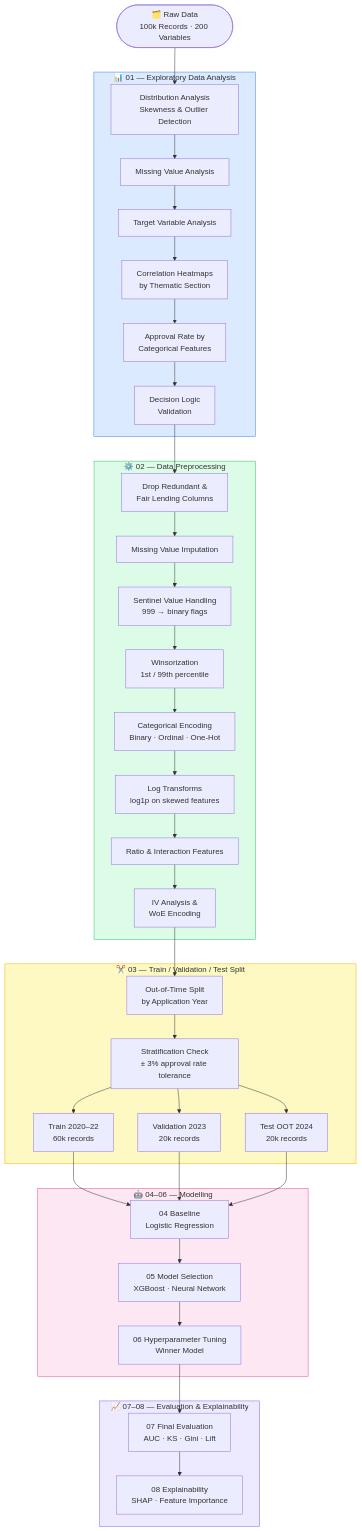
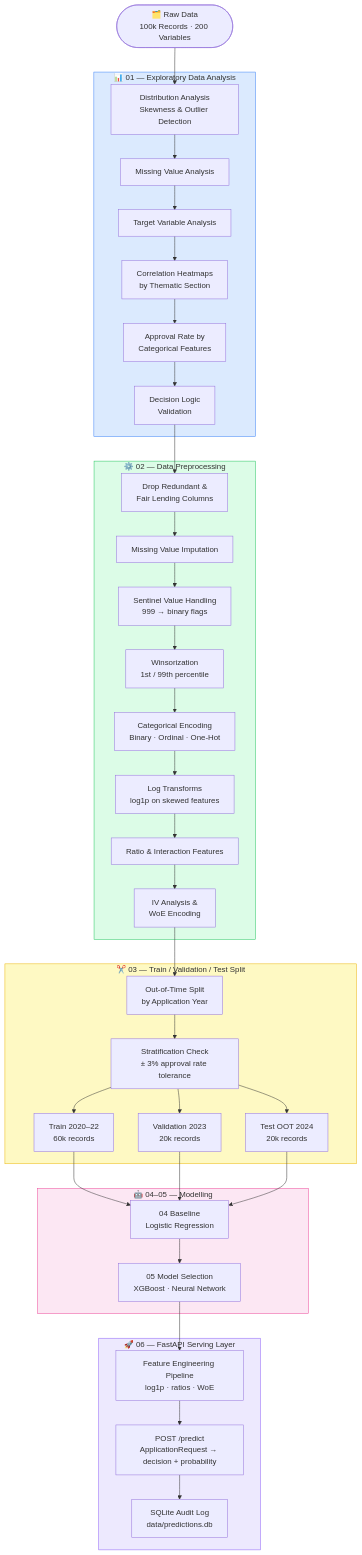
Before and after one commit to kjw009/credit-card-underwritting: the first of 2 diagrams in README.md, drawn with Mermaid. The commit also changed other lines of this file, not shown here.

````diff
--- a/README.md
+++ b/README.md
@@ -81,59 +83,59 @@
 ```mermaid
 flowchart TD
     A([🗂️ Raw Data\n100k Records · 200 Variables]) --> B
 
     subgraph EDA ["📊 01 — Exploratory Data Analysis"]
         B[Distribution Analysis\nSkewness & Outlier Detection]
         B --> C[Missing Value Analysis]
         C --> D[Target Variable Analysis]
         D --> E[Correlation Heatmaps\nby Thematic Section]
         E --> F[Approval Rate by\nCategorical Features]
         F --> G[Decision Logic\nValidation]
     end
 
     G --> H
 
     subgraph PREP ["⚙️ 02 — Data Preprocessing"]
         H[Drop Redundant &\nFair Lending Columns]
         H --> I[Missing Value Imputation]
         I --> J[Sentinel Value Handling\n999 → binary flags]
         J --> K[Winsorization\n1st / 99th percentile]
         K --> L[Categorical Encoding\nBinary · Ordinal · One-Hot]
         L --> M[Log Transforms\nlog1p on skewed features]
         M --> N[Ratio & Interaction Features]
         N --> O[IV Analysis &\nWoE Encoding]
     end
 
     O --> P
 
     subgraph SPLIT ["✂️ 03 — Train / Validation / Test Split"]
         P[Out-of-Time Split\nby Application Year]
         P --> Q[Stratification Check\n± 3% approval rate tolerance]
         Q --> R[Train 2020–22\n60k records]
         Q --> S[Validation 2023\n20k records]
         Q --> T[Test OOT 2024\n20k records]
     end
 
     R --> U
     S --> U
     T --> U
 
-    subgraph MODELS ["🤖 04–06 — Modelling"]
+    subgraph MODELS ["🤖 04–05 — Modelling"]
         U[04 Baseline\nLogistic Regression]
         U --> V[05 Model Selection\nXGBoost · Neural Network]
-        V --> W[06 Hyperparameter Tuning\nWinner Model]
     end
 
-    W --> X
+    V --> W
 
-    subgraph EVAL ["📈 07–08 — Evaluation & Explainability"]
-        X[07 Final Evaluation\nAUC · KS · Gini · Lift]
-        X --> Y[08 Explainability\nSHAP · Feature Importance]
+    subgraph API ["🚀 06 — FastAPI Serving Layer"]
+        W[Feature Engineering Pipeline\nlog1p · ratios · WoE]
+        W --> X[POST /predict\nApplicationRequest → decision + probability]
+        X --> Y[SQLite Audit Log\ndata/predictions.db]
     end
 
     style EDA fill:#dbeafe,stroke:#3b82f6
     style PREP fill:#dcfce7,stroke:#22c55e
     style SPLIT fill:#fef9c3,stroke:#eab308
     style MODELS fill:#fce7f3,stroke:#ec4899
-    style EVAL fill:#ede9fe,stroke:#8b5cf6
+    style API fill:#ede9fe,stroke:#8b5cf6
 ```
````
